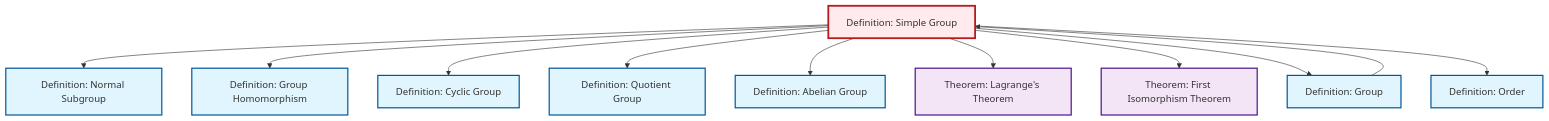
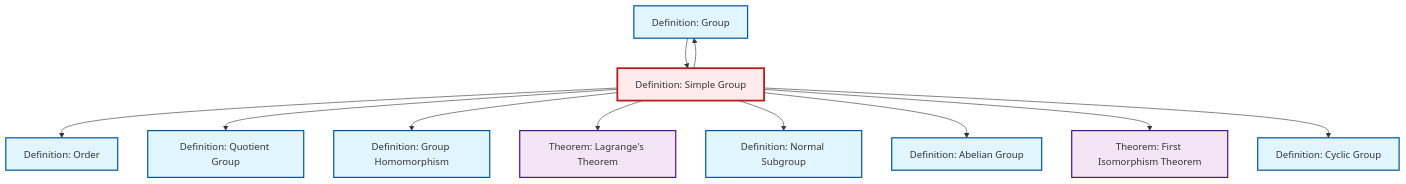
One commit to RK0429/ModernMath changed the diagram in content/en/algebra/def-simple-group.qmd. Above: the diagram before and after it, drawn with Mermaid. The commit also changed other lines of this file and 619 other files, not shown here.

````diff
--- a/content/en/algebra/def-simple-group.qmd
+++ b/content/en/algebra/def-simple-group.qmd
@@ -96,39 +96,39 @@
 ```{mermaid}
 %%| fig-cap: "Local dependency graph"
 graph TD
     classDef definition fill:#e1f5fe,stroke:#01579b,stroke-width:2px
     classDef theorem fill:#f3e5f5,stroke:#4a148c,stroke-width:2px
     classDef axiom fill:#fff3e0,stroke:#e65100,stroke-width:2px
     classDef example fill:#e8f5e9,stroke:#1b5e20,stroke-width:2px
     classDef current fill:#ffebee,stroke:#b71c1c,stroke-width:3px
+    def-normal-subgroup["Definition: Normal Subgroup"]:::definition
+    def-abelian-group["Definition: Abelian Group"]:::definition
     thm-lagrange["Theorem: Lagrange's Theorem"]:::theorem
+    def-group["Definition: Group"]:::definition
     def-cyclic-group["Definition: Cyclic Group"]:::definition
+    thm-first-isomorphism["Theorem: First Isomorphism Theorem"]:::theorem
+    def-quotient-group["Definition: Quotient Group"]:::definition
     def-order["Definition: Order"]:::definition
+    def-homomorphism["Definition: Group Homomorphism"]:::definition
     def-simple-group["Definition: Simple Group"]:::definition
-    def-homomorphism["Definition: Group Homomorphism"]:::definition
-    def-normal-subgroup["Definition: Normal Subgroup"]:::definition
-    def-quotient-group["Definition: Quotient Group"]:::definition
-    def-abelian-group["Definition: Abelian Group"]:::definition
-    thm-first-isomorphism["Theorem: First Isomorphism Theorem"]:::theorem
-    def-group["Definition: Group"]:::definition
+    def-simple-group --> def-order
+    def-simple-group --> def-quotient-group
+    def-simple-group --> def-homomorphism
+    def-simple-group --> thm-lagrange
     def-simple-group --> def-normal-subgroup
-    def-simple-group --> def-homomorphism
-    def-simple-group --> def-cyclic-group
-    def-simple-group --> def-quotient-group
     def-simple-group --> def-abelian-group
-    def-simple-group --> thm-lagrange
     def-simple-group --> thm-first-isomorphism
     def-simple-group --> def-group
     def-group --> def-simple-group
-    def-simple-group --> def-order
+    def-simple-group --> def-cyclic-group
     class def-simple-group current
+    click def-normal-subgroup "def-normal-subgroup.html" "Go to Normal Subgroup definition"
+    click def-abelian-group "def-abelian-group.html" "Go to Abelian Group definition"
     click thm-lagrange "thm-lagrange.html" "Go to Lagrange's Theorem theorem"
+    click def-group "def-group.html" "Go to Group definition"
     click def-cyclic-group "def-cyclic-group.html" "Go to Cyclic Group definition"
+    click thm-first-isomorphism "thm-first-isomorphism.html" "Go to First Isomorphism Theorem theorem"
+    click def-quotient-group "def-quotient-group.html" "Go to Quotient Group definition"
     click def-order "def-order.html" "Go to Order definition"
     click def-homomorphism "def-homomorphism.html" "Go to Group Homomorphism definition"
-    click def-normal-subgroup "def-normal-subgroup.html" "Go to Normal Subgroup definition"
-    click def-quotient-group "def-quotient-group.html" "Go to Quotient Group definition"
-    click def-abelian-group "def-abelian-group.html" "Go to Abelian Group definition"
-    click thm-first-isomorphism "thm-first-isomorphism.html" "Go to First Isomorphism Theorem theorem"
-    click def-group "def-group.html" "Go to Group definition"
 ```
````
